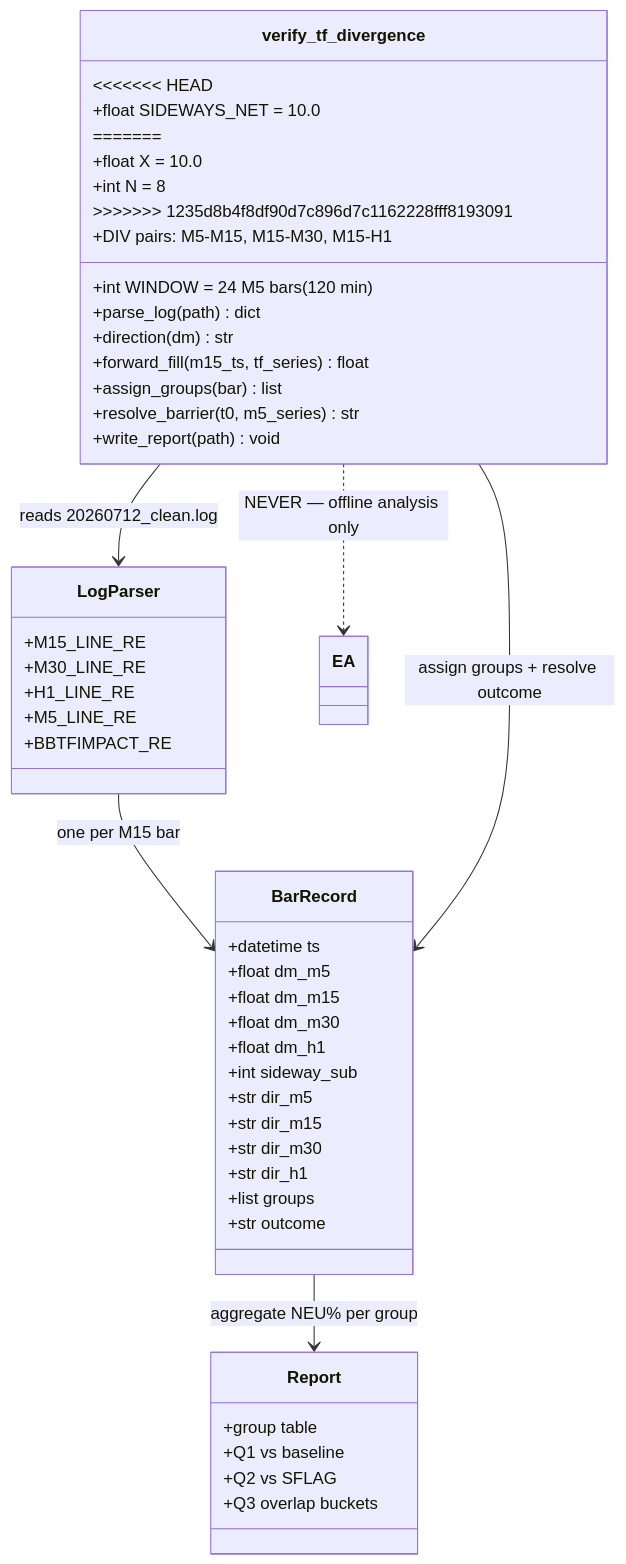
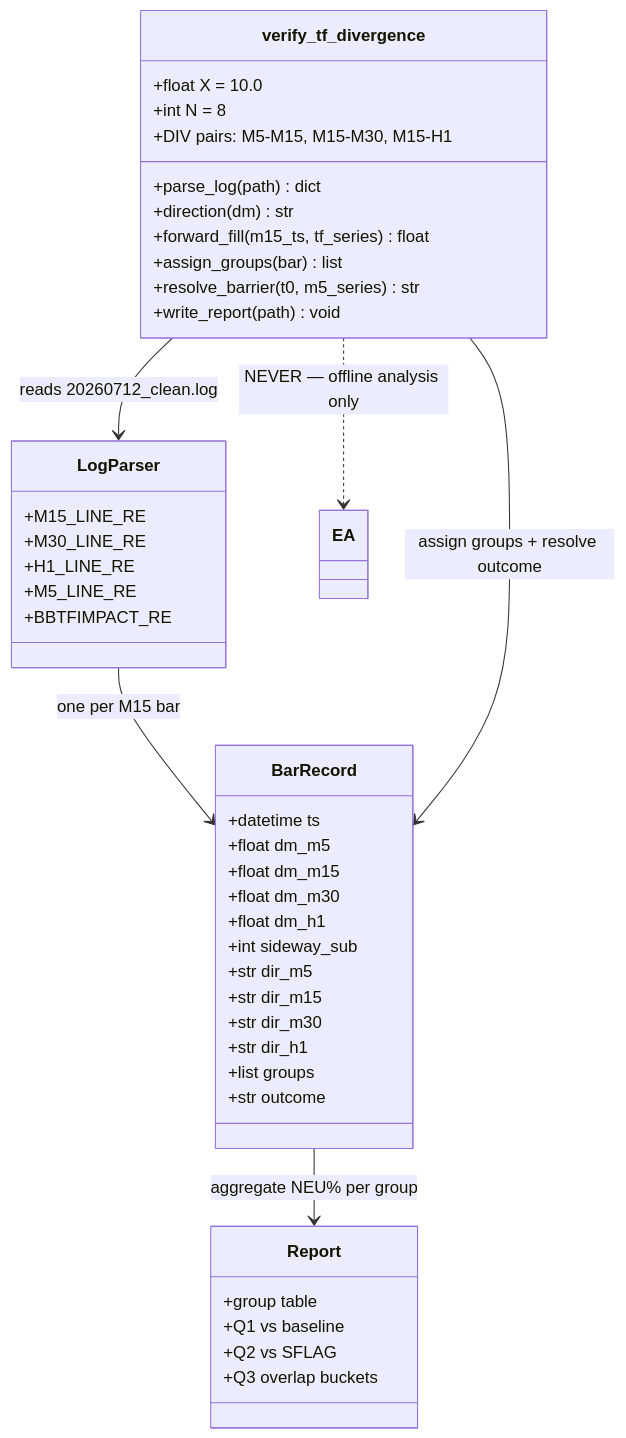
Before and after one commit to Terrypang89/BB_MTF_M15_STRATEGY: the first of 3 diagrams in references/verify_tf_divergence.md, drawn with Mermaid. The commit also changed other lines of this file, not shown here.

````diff
--- a/references/verify_tf_divergence.md
+++ b/references/verify_tf_divergence.md
@@ -286,55 +223,50 @@
 ```mermaid
 classDiagram
     class verify_tf_divergence {
-<<<<<<< HEAD
-        +float SIDEWAYS_NET = 10.0
-        +int WINDOW = 24 M5 bars (120 min)
-=======
         +float X = 10.0
         +int N = 8
->>>>>>> 1235d8b4f8df90d7c896d7c1162228fff8193091
         +parse_log(path) dict
         +DIV pairs: M5-M15, M15-M30, M15-H1
         +direction(dm) str
         +forward_fill(m15_ts, tf_series) float
         +assign_groups(bar) list
         +resolve_barrier(t0, m5_series) str
         +write_report(path) void
     }
 
     class LogParser {
         +M15_LINE_RE
         +M30_LINE_RE
         +H1_LINE_RE
         +M5_LINE_RE
         +BBTFIMPACT_RE
     }
 
     class BarRecord {
         +datetime ts
         +float dm_m5
         +float dm_m15
         +float dm_m30
         +float dm_h1
         +int sideway_sub
         +str dir_m5
         +str dir_m15
         +str dir_m30
         +str dir_h1
         +list groups
         +str outcome
     }
 
     class Report {
         +group table
         +Q1 vs baseline
         +Q2 vs SFLAG
         +Q3 overlap buckets
     }
 
     verify_tf_divergence --> LogParser : reads 20260712_clean.log
     LogParser --> BarRecord : one per M15 bar
     verify_tf_divergence --> BarRecord : assign groups + resolve outcome
     BarRecord --> Report : aggregate NEU% per group
     verify_tf_divergence ..> EA : NEVER — offline analysis only
 ```
````
